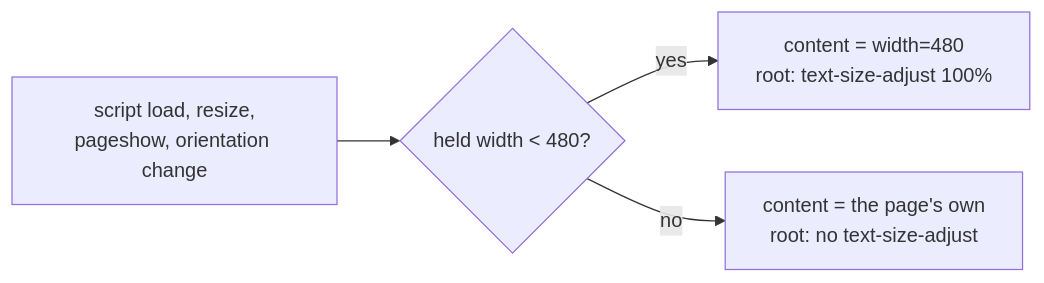
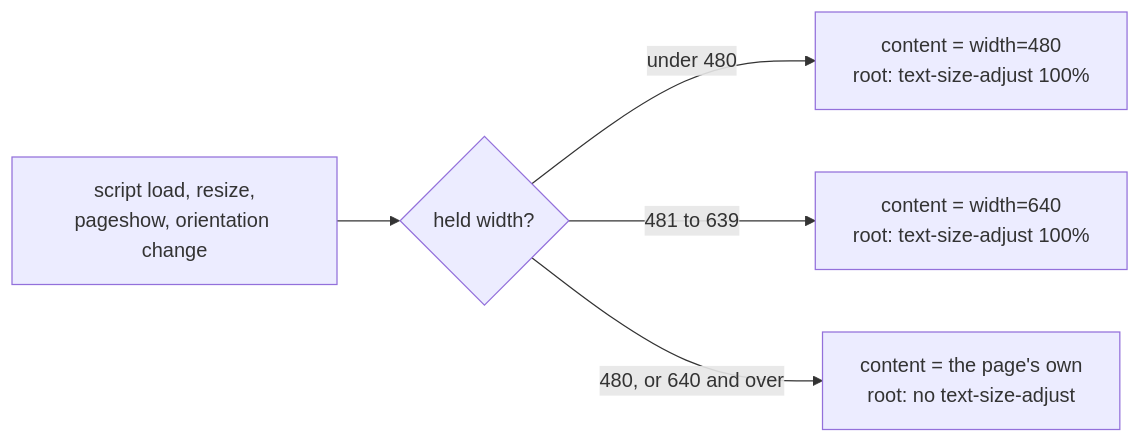
One commit to roadraceresults/crowdpoll changed diagram 12 of 21 in ARCHITECTURE.md. Above: the diagram before and after it, drawn with Mermaid. The commit also changed other lines of this file and 66 other files, not shown here.

First line of the commit message:
Fixed Width 640: a 640 px layout for devices held 481 to 639 px wide

````diff
--- a/ARCHITECTURE.md
+++ b/ARCHITECTURE.md
@@ -973,6 +975,7 @@
 ```mermaid
 flowchart LR
-  Load["script load, resize,<br/>pageshow, orientation change"] --> Held{"held width < 480?"}
-  Held -- yes --> Fixed["content = width=480<br/>root: text-size-adjust 100%"]
-  Held -- no --> Device["content = the page's own<br/>root: no text-size-adjust"]
+  Load["script load, resize,<br/>pageshow, orientation change"] --> Held{"held width?"}
+  Held -- "under 480" --> Fixed["content = width=480<br/>root: text-size-adjust 100%"]
+  Held -- "481 to 639" --> Wide["content = width=640<br/>root: text-size-adjust 100%"]
+  Held -- "480, or 640 and over" --> Device["content = the page's own<br/>root: no text-size-adjust"]
 ```
````
